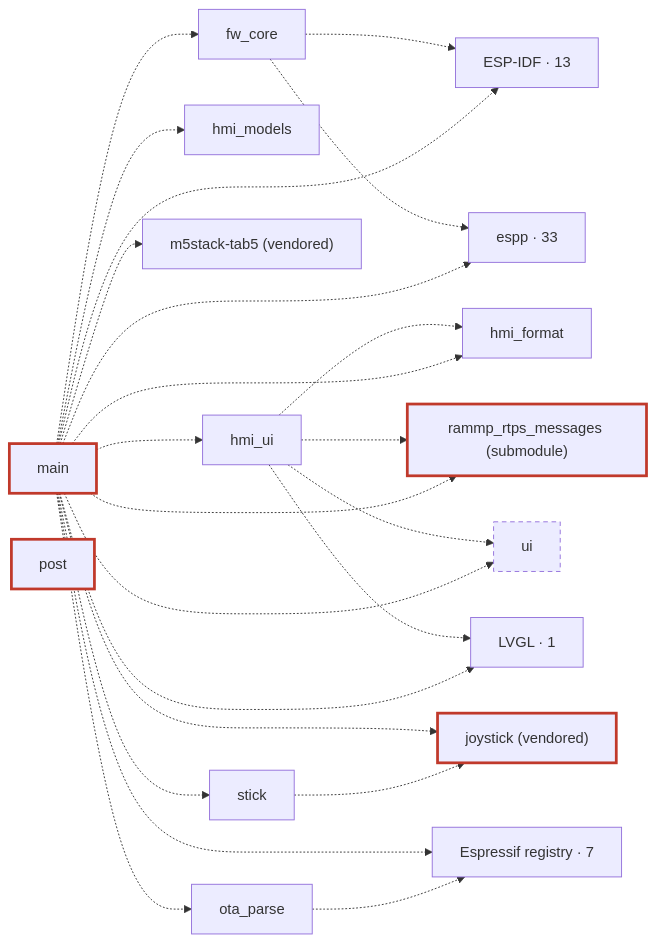
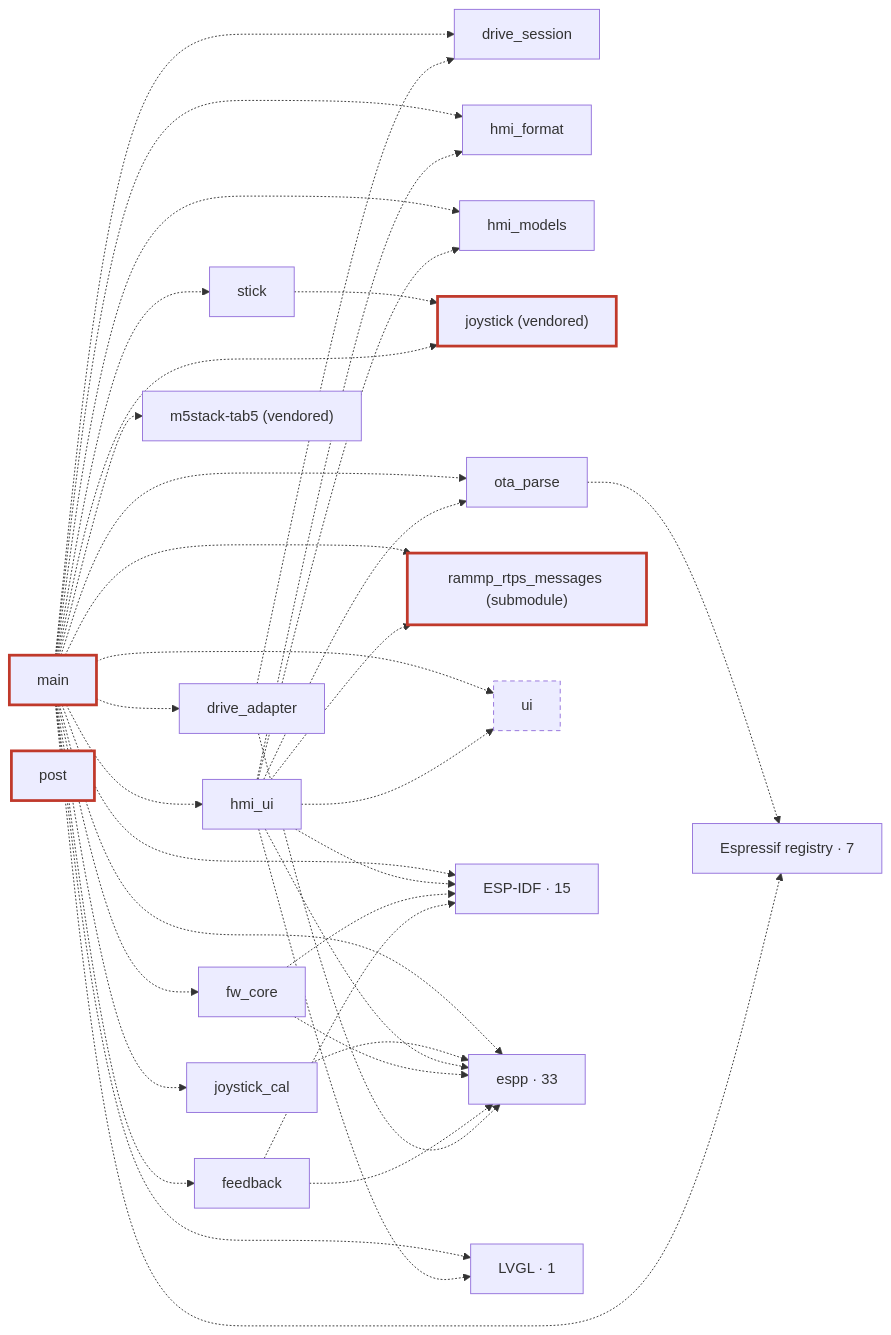
One commit to rammp-org/pace-hmi-fw changed the third of 3 diagrams in docs/architecture.md. Above: the diagram before and after it, drawn with Mermaid. The commit also changed other lines of this file and 1 other file, not shown here.

Commit message:
docs: regenerate D3 from the integrated build (drive, feedback, joystick_cal, settings, topology...)

````diff
--- a/docs/architecture.md
+++ b/docs/architecture.md
@@ -163,44 +163,61 @@
 ```mermaid
 flowchart LR
+  c_drive_adapter["drive_adapter"]
+  c_drive_session["drive_session"]
+  c_feedback["feedback"]
   c_fw_core["fw_core"]
   c_hmi_format["hmi_format"]
   c_hmi_models["hmi_models"]
   c_hmi_ui["hmi_ui"]
   c_joystick["joystick (vendored)"]:::safety
+  c_joystick_cal["joystick_cal"]
   c_m5stack_tab5["m5stack-tab5 (vendored)"]
   c_main["main"]:::safety
   c_ota_parse["ota_parse"]
   c_post["post"]:::safety
   c_rammp_rtps_messages["rammp_rtps_messages (submodule)"]:::safety
   c_stick["stick"]
   c_ui["ui"]:::gen
-  g_ESP_IDF["ESP-IDF · 13"]
+  g_ESP_IDF["ESP-IDF · 15"]
   g_espp["espp · 33"]
   g_Espressif_registry["Espressif registry · 7"]
   g_LVGL["LVGL · 1"]
+  c_drive_adapter -.-> c_drive_session
+  c_drive_adapter -.-> g_espp
+  c_feedback -.-> g_ESP_IDF
+  c_feedback -.-> g_espp
   c_fw_core -.-> g_ESP_IDF
   c_fw_core -.-> g_espp
   c_hmi_ui -.-> c_hmi_format
+  c_hmi_ui -.-> c_hmi_models
+  c_hmi_ui -.-> c_ota_parse
   c_hmi_ui -.-> c_rammp_rtps_messages
   c_hmi_ui -.-> c_ui
+  c_hmi_ui -.-> g_ESP_IDF
+  c_hmi_ui -.-> g_espp
   c_hmi_ui -.-> g_LVGL
+  c_joystick_cal -.-> g_espp
+  c_main -.-> c_drive_adapter
+  c_main -.-> c_drive_session
+  c_main -.-> c_feedback
   c_main -.-> c_fw_core
   c_main -.-> c_hmi_format
   c_main -.-> c_hmi_models
   c_main -.-> c_hmi_ui
   c_main -.-> c_joystick
+  c_main -.-> c_joystick_cal
   c_main -.-> c_m5stack_tab5
   c_main -.-> c_ota_parse
   c_main -.-> c_rammp_rtps_messages
   c_main -.-> c_stick
   c_main -.-> c_ui
   c_main -.-> g_ESP_IDF
   c_main -.-> g_espp
   c_main -.-> g_Espressif_registry
   c_main -.-> g_LVGL
   c_ota_parse -.-> g_Espressif_registry
   c_stick -.-> c_joystick
   classDef hw fill:#d9dde3,stroke:#7a8590,color:#111
   classDef safety stroke:#c0392b,stroke-width:3px
   classDef gen stroke-dasharray:5 4
 ```
````
